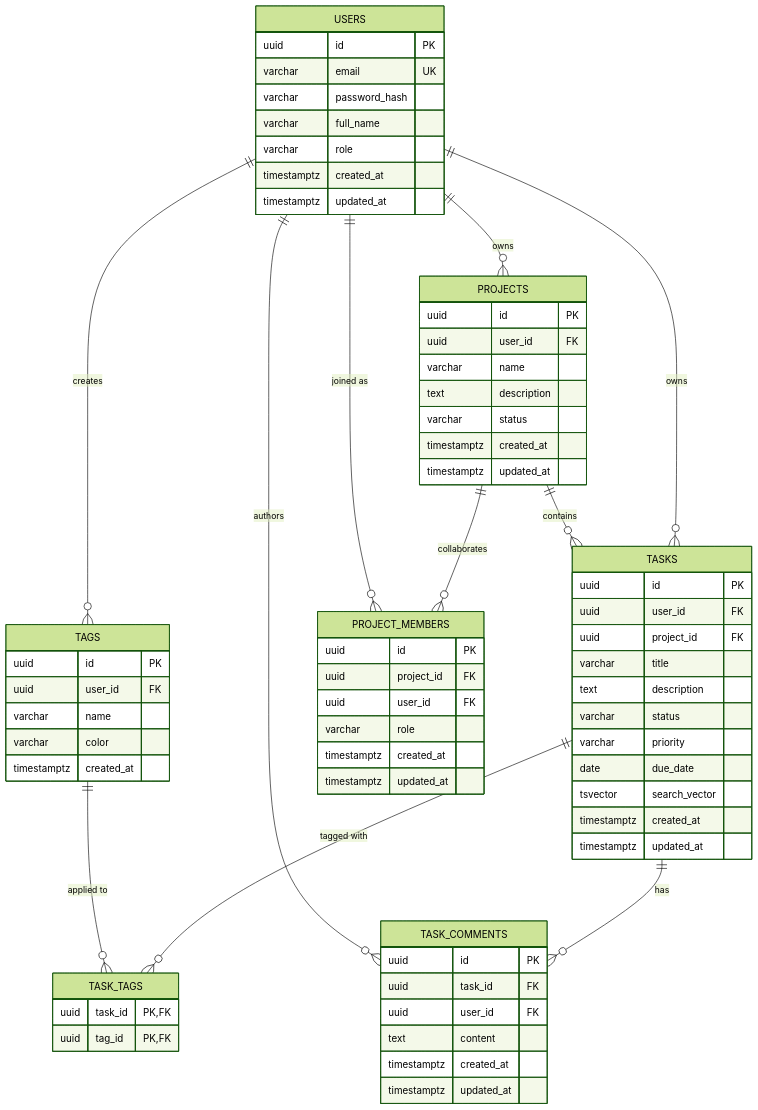
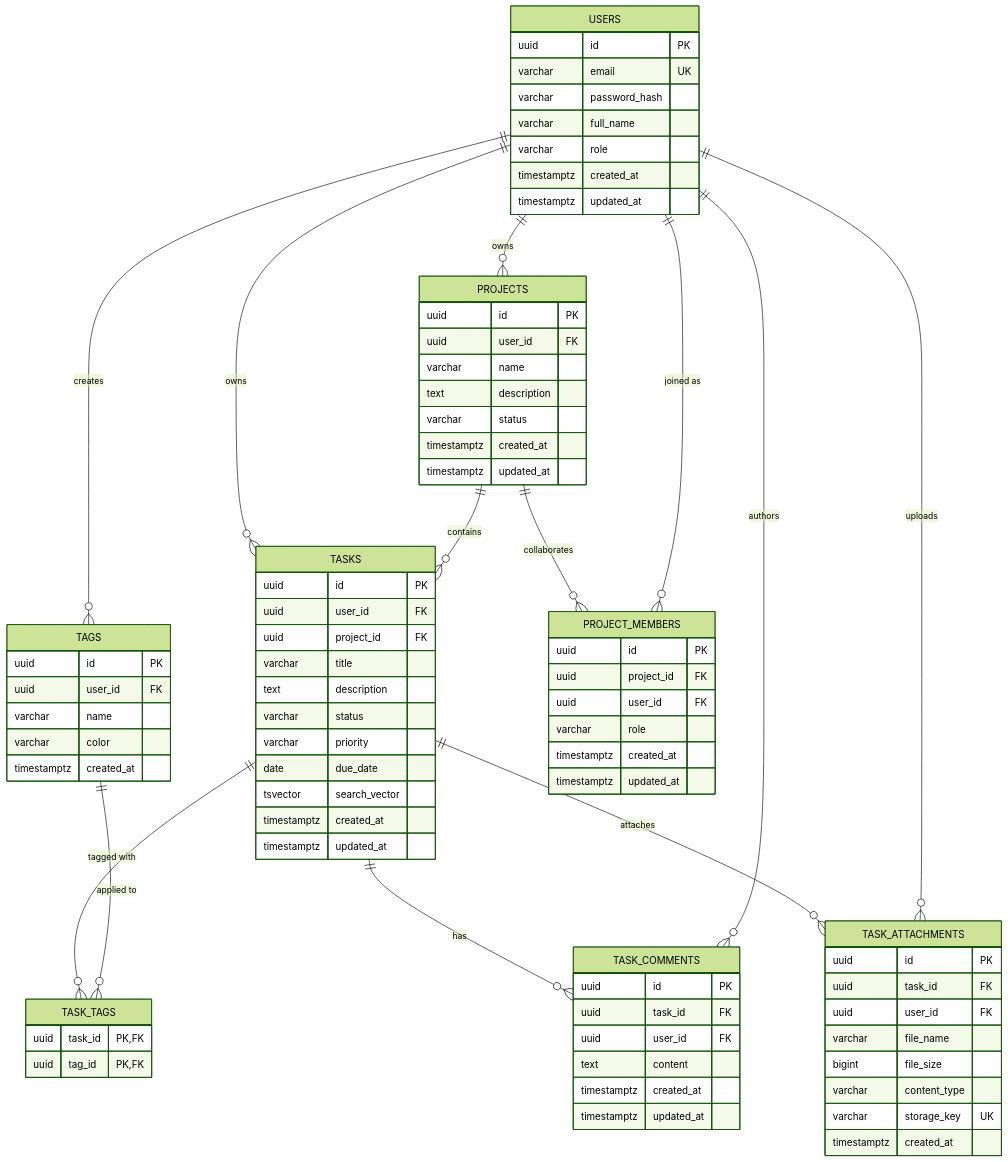
The second of 2 diagrams in README.md (NMHiepasd/task-manager-api), drawn with Mermaid (forest theme) before and after one commit. The commit also changed other lines of this file and 28 other files, not shown here.

Commit message:
feat(attachments): add task file attachments with MinIO/S3 object storage (Task 10.5.3)

````diff
--- a/README.md
+++ b/README.md
@@ -86,6 +86,8 @@
     TAGS ||--o{ TASK_TAGS : "applied to"
     TASKS ||--o{ TASK_COMMENTS : "has"
     USERS ||--o{ TASK_COMMENTS : "authors"
+    TASKS ||--o{ TASK_ATTACHMENTS : "attaches"
+    USERS ||--o{ TASK_ATTACHMENTS : "uploads"
 
     USERS {
         uuid id PK
@@ -151,4 +153,15 @@
         timestamptz created_at
         timestamptz updated_at
     }
+
+    TASK_ATTACHMENTS {
+        uuid id PK
+        uuid task_id FK
+        uuid user_id FK
+        varchar file_name
+        bigint file_size
+        varchar content_type
+        varchar storage_key UK
+        timestamptz created_at
+    }
 ```
````
